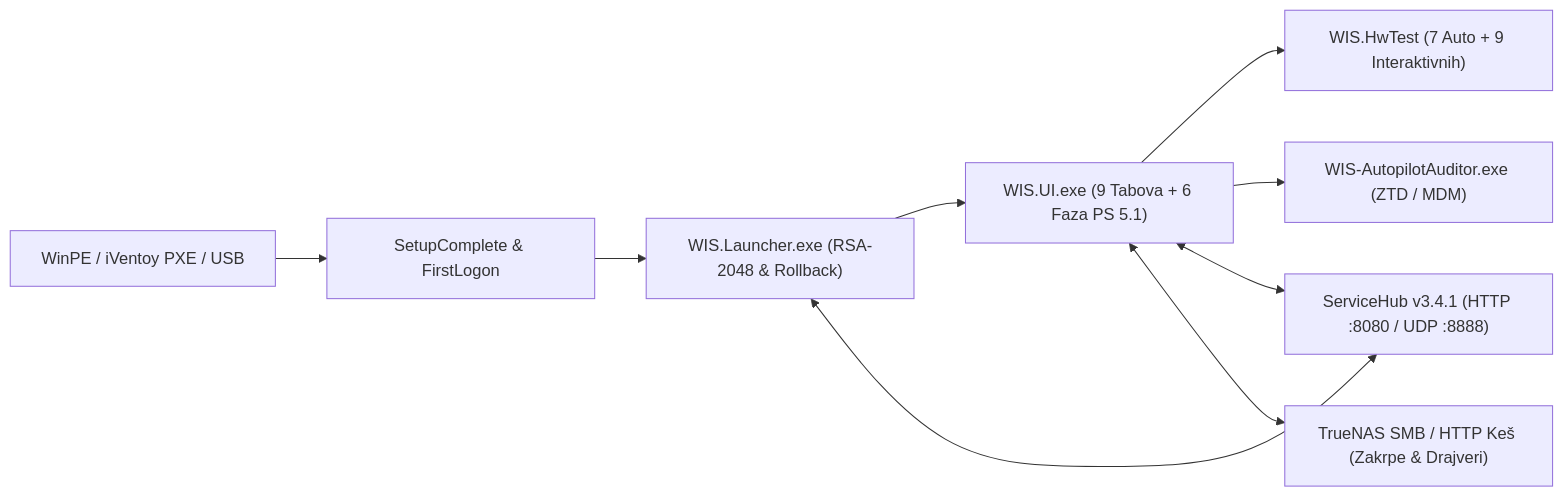
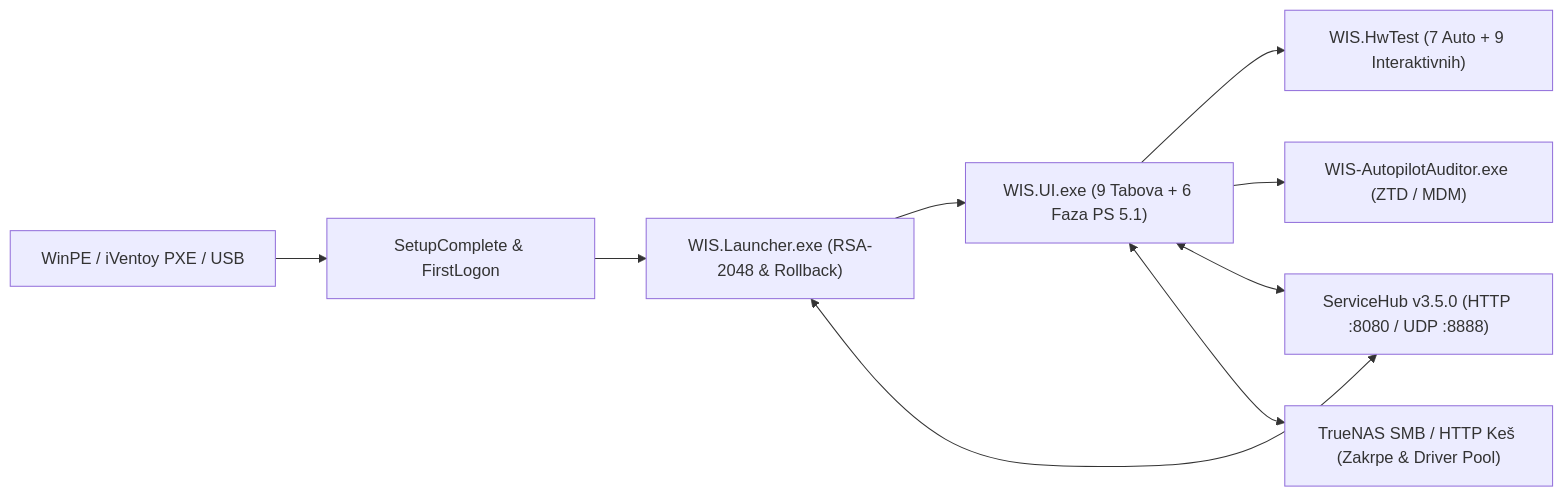
Before and after one commit to Gruya13/WIS: the diagram in README.md, drawn with Mermaid. The commit also changed other lines of this file and 37 other files, not shown here.

Commit message:
feat(wis): WIS v3.2.0 / ServiceHub v3.5.0 — Jedinstveni deduplikovani Driver Pool i OEM Enterprise katalozi (WIS-TASK-258)

````diff
--- a/README.md
+++ b/README.md
@@ -27,11 +27,11 @@
 ```mermaid
 flowchart LR
     PXE["WinPE / iVentoy PXE / USB"] --> BOOT["SetupComplete & FirstLogon"]
     BOOT --> LAUNCHER["WIS.Launcher.exe (RSA-2048 & Rollback)"]
     LAUNCHER --> UI["WIS.UI.exe (9 Tabova + 6 Faza PS 5.1)"]
     UI --> HWTEST["WIS.HwTest (7 Auto + 9 Interaktivnih)"]
     UI --> AUDITOR["WIS-AutopilotAuditor.exe (ZTD / MDM)"]
-    LAUNCHER <--> HUB["ServiceHub v3.4.1 (HTTP :8080 / UDP :8888)"]
+    LAUNCHER <--> HUB["ServiceHub v3.5.0 (HTTP :8080 / UDP :8888)"]
     UI <--> HUB
-    UI <--> NAS["TrueNAS SMB / HTTP Keš (Zakrpe & Drajveri)"]
+    UI <--> NAS["TrueNAS SMB / HTTP Keš (Zakrpe & Driver Pool)"]
 ```
````
